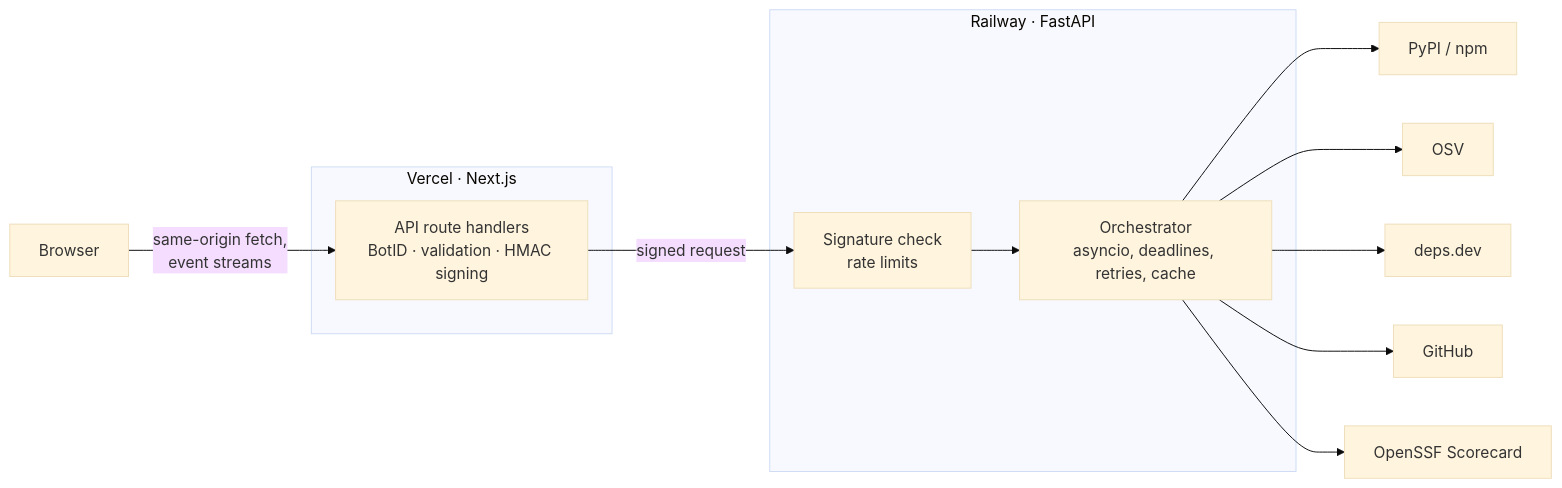
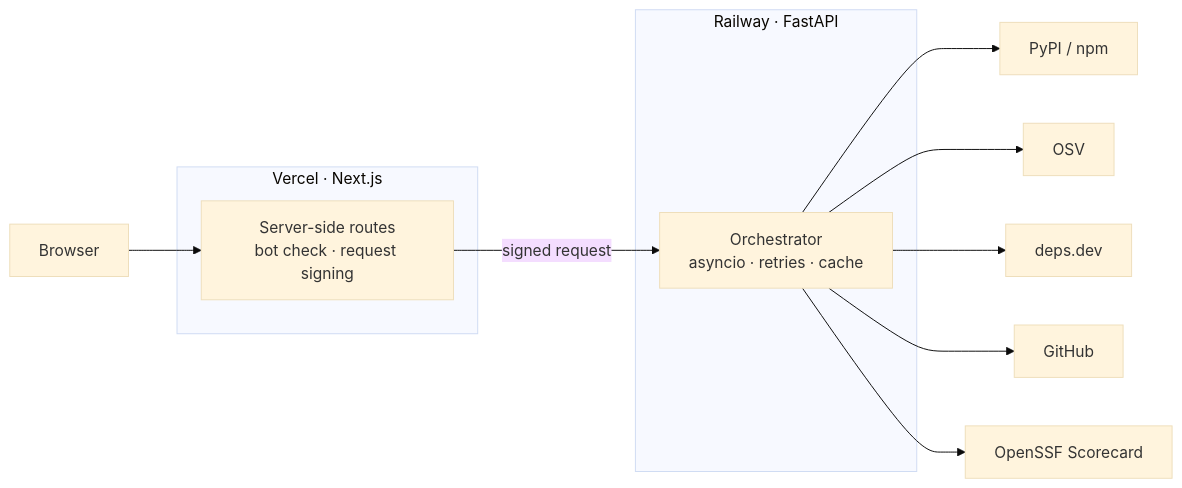
The diagram in README.md (nish1013/packagepulse), drawn with Mermaid (base theme) before and after one commit. The commit also changed other lines of this file, not shown here.

````diff
--- a/README.md
+++ b/README.md
@@ -59,16 +21,16 @@
 ```mermaid
 flowchart LR
-    B["Browser"] -->|"same-origin fetch,<br/>event streams"| P
+    B["Browser"] --> P
     subgraph Vercel["Vercel · Next.js"]
-        P["API route handlers<br/>BotID · validation · HMAC signing"]
+        P["Server-side routes<br/>bot check · request signing"]
     end
-    P -->|"signed request"| M
+    P -->|"signed request"| O
     subgraph Railway["Railway · FastAPI"]
-        M["Signature check<br/>rate limits"] --> O["Orchestrator<br/>asyncio, deadlines, retries, cache"]
+        O["Orchestrator<br/>asyncio · retries · cache"]
     end
     O --> R["PyPI / npm"]
     O --> OSV["OSV"]
     O --> D["deps.dev"]
     O --> G["GitHub"]
     O --> S["OpenSSF Scorecard"]
 ```
````
